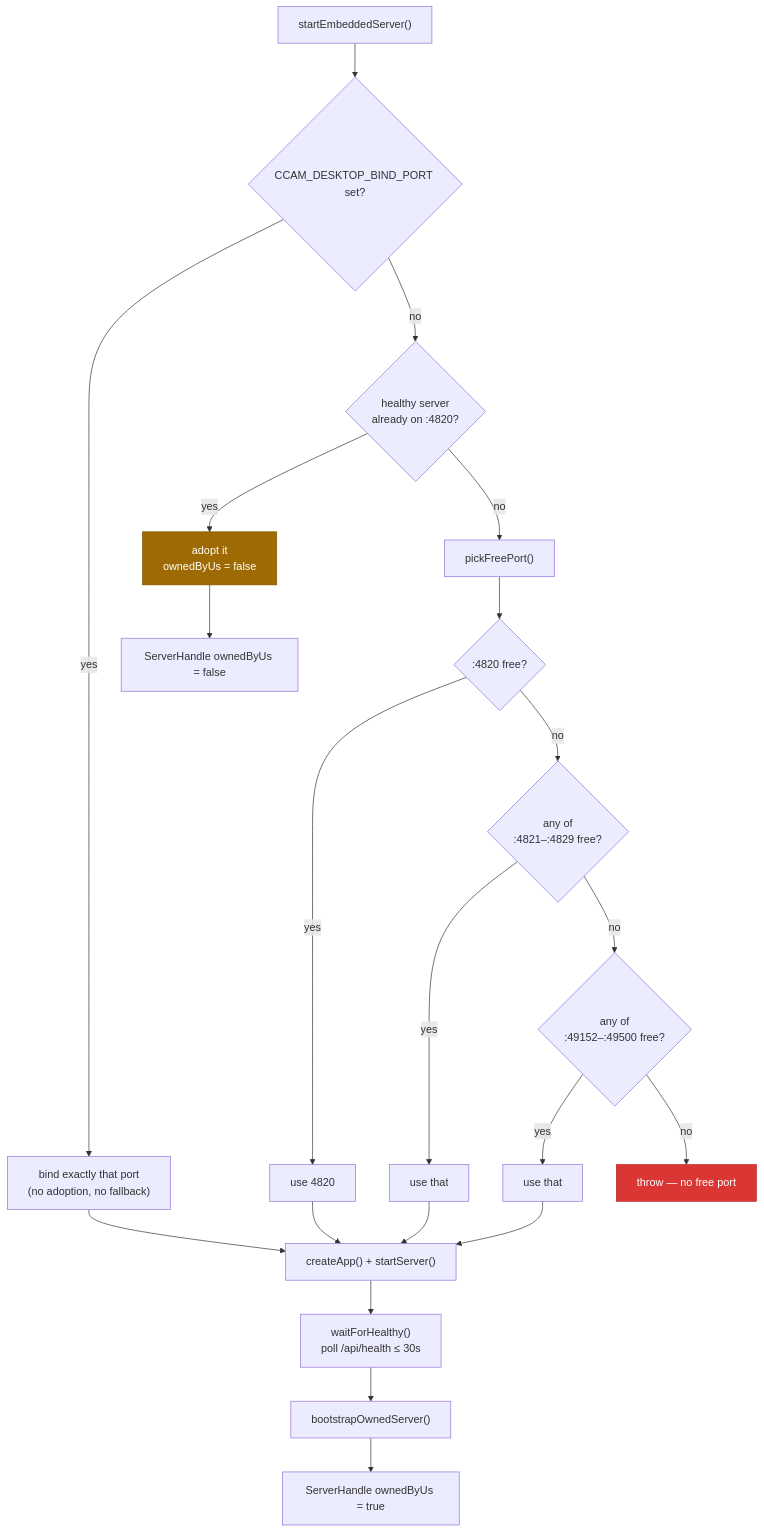
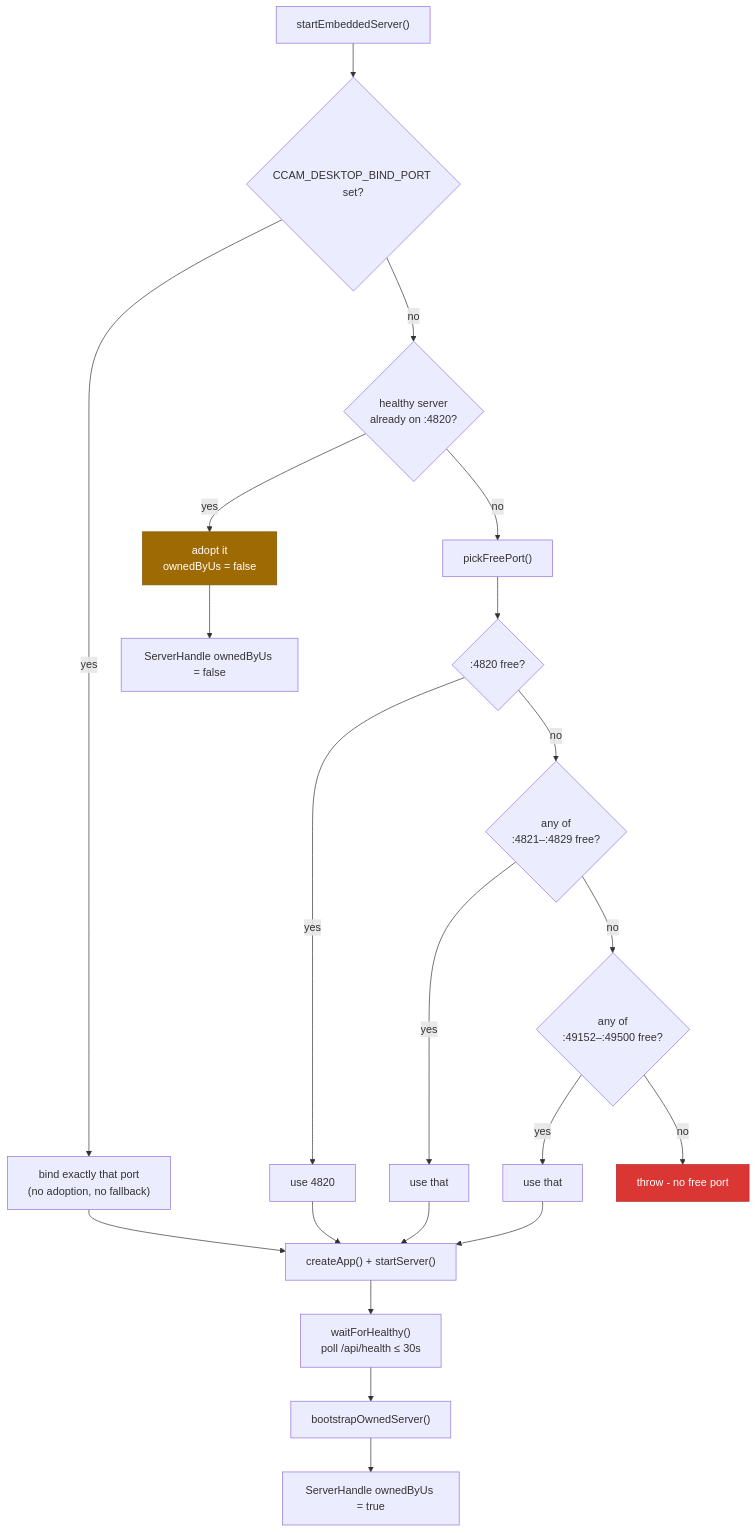
One commit to MrZarrar/Jarvis-Sub-Agent-Dashboard changed diagram 36 of 48 in ARCHITECTURE.md. Above: the diagram before and after it, drawn with Mermaid. The commit also changed other lines of this file and 382 other files, not shown here.

````diff
--- a/ARCHITECTURE.md
+++ b/ARCHITECTURE.md
@@ -2743,28 +2789,28 @@
 ```mermaid
 flowchart TD
     start["startEmbeddedServer()"] --> forced{"CCAM_DESKTOP_BIND_PORT set?"}
     forced -->|yes| bind["bind exactly that port<br/>(no adoption, no fallback)"]
     forced -->|no| adopt{"healthy server<br/>already on :4820?"}
     adopt -->|yes| reuse["adopt it<br/>ownedByUs = false"]
     adopt -->|no| pick["pickFreePort()"]
 
     pick --> p1{":4820 free?"}
     p1 -->|yes| use4820["use 4820"]
     p1 -->|no| p2{"any of<br/>:4821–:4829 free?"}
     p2 -->|yes| usefb["use that"]
     p2 -->|no| p3{"any of<br/>:49152–:49500 free?"}
     p3 -->|yes| userand["use that"]
-    p3 -->|no| fail["throw — no free port"]
+    p3 -->|no| fail["throw - no free port"]
 
     bind --> bootsrv["createApp() + startServer()"]
     use4820 --> bootsrv
     usefb --> bootsrv
     userand --> bootsrv
     bootsrv --> healthy["waitForHealthy()<br/>poll /api/health ≤ 30s"]
     healthy --> bg["bootstrapOwnedServer()"]
     bg --> handle["ServerHandle ownedByUs = true"]
     reuse --> handleR["ServerHandle ownedByUs = false"]
 
     style reuse fill:#9e6a03,stroke:#7d5300,color:#fff
     style fail fill:#da3633,stroke:#b62324,color:#fff
 ```
````
